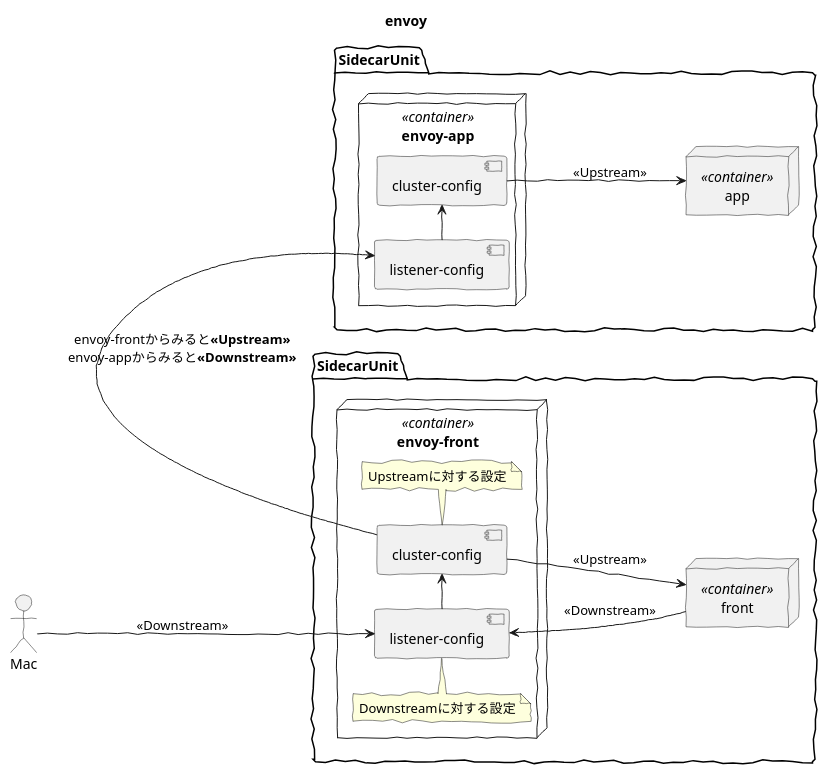
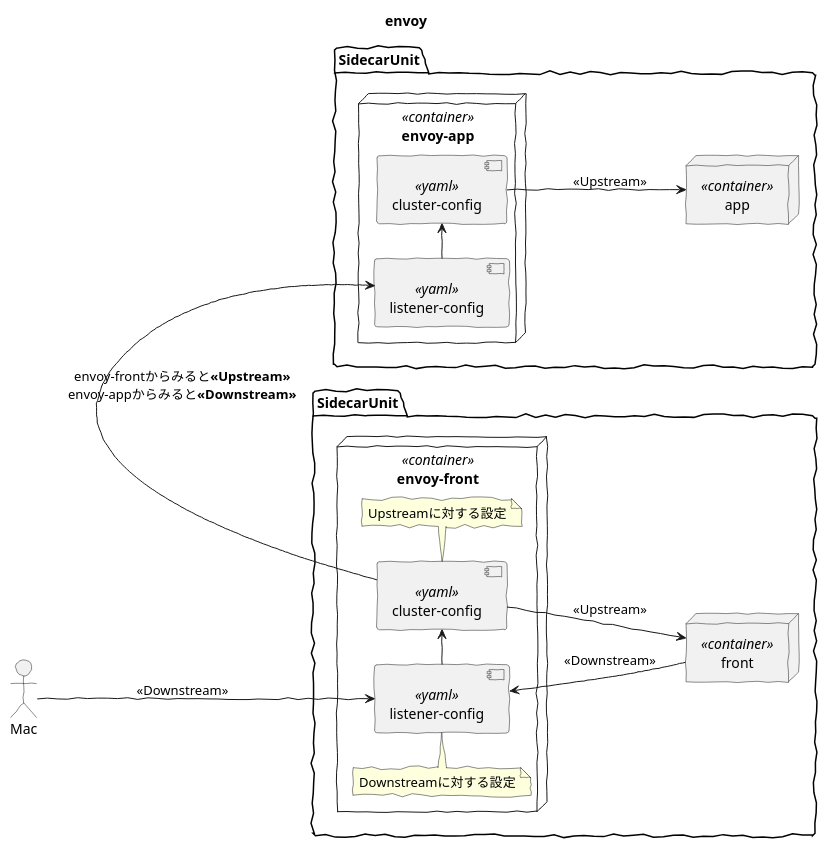
Before and after one commit to xshoji/docker-envoy-sample: the diagram in uml/envoy.puml, drawn with PlantUML.

```diff
--- a/uml/envoy.puml
+++ b/uml/envoy.puml
@@ -1,52 +1,52 @@
 @startuml
 title envoy
 
 '==============================
 ' Setting
 '==============================
 left to right direction
 skinparam handwritten true
 
 
 actor Mac as Mac
 
 package SidecarUnit as SidecarUnitFront {
   node envoy-front <<container>> as EnvoyFront {
-    component "listener-config" as ListenerConfigFront
+    component "listener-config" <<yaml>> as ListenerConfigFront
     note top of ListenerConfigFront 
       Downstreamに対する設定
     end note
     
-    component "cluster-config" as ClusterConfigFront
+    component "cluster-config" <<yaml>> as ClusterConfigFront
     note bottom of ClusterConfigFront 
       Upstreamに対する設定
     end note    
   }
   node front <<container>> as Front
 }
 
 package SidecarUnit as SidecarUnitApp {
   node envoy-app <<container>> as EnvoyApp {
-    component "listener-config" as ListenerConfigApp
-    component "cluster-config" as ClusterConfigApp
+    component "listener-config" <<yaml>>  as ListenerConfigApp
+    component "cluster-config" <<yaml>> as ClusterConfigApp
   }
   node app <<container>> as App
 }
 
 Mac --> ListenerConfigFront : <<Downstream>>
 ListenerConfigFront -> ClusterConfigFront
 
 ClusterConfigFront --> Front : <<Upstream>>
 ListenerConfigFront <-- Front : <<Downstream>>
 
 ClusterConfigFront -> ListenerConfigApp : envoy-frontからみると<b><<Upstream>></b>\nenvoy-appからみると<b><<Downstream>></b>
 
 ListenerConfigApp -> ClusterConfigApp
 ClusterConfigApp --> App : <<Upstream>>
 
 
 '------------
 ' layout
 
 
 @enduml
```
